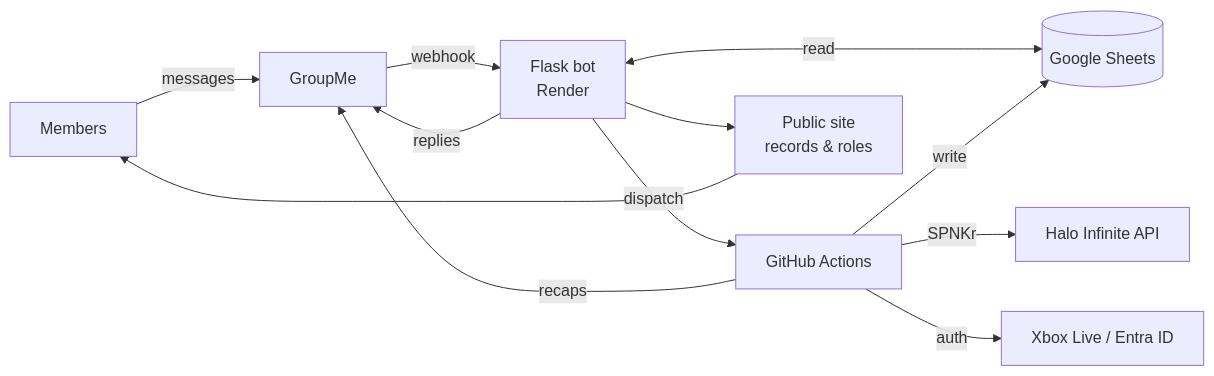
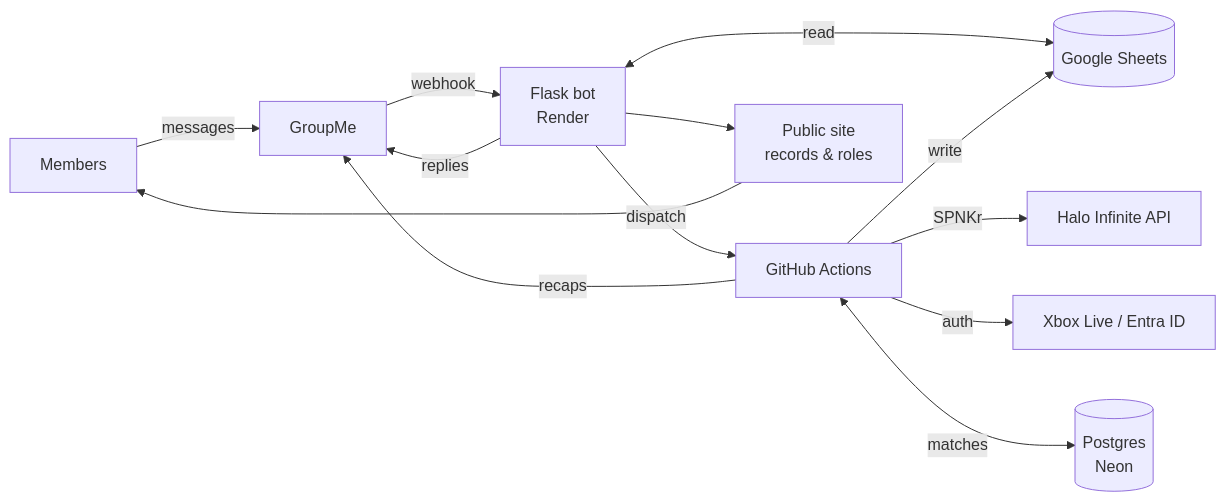
The first of 2 diagrams in README.md (AlexVerboo/treebot), drawn with Mermaid before and after one commit. The commit also changed other lines of this file and 21 other files, not shown here.

First line of the commit message:
v2.0 Phase 2: Postgres on Neon

````diff
--- a/README.md
+++ b/README.md
@@ -28,14 +29,15 @@
 ```mermaid
 flowchart LR
     U[Members] -->|messages| GM[GroupMe]
     GM -->|webhook| BOT[Flask bot<br/>Render]
     BOT -->|replies| GM
     BOT <-->|read| GS[(Google Sheets)]
     BOT -->|dispatch| GHA[GitHub Actions]
     GHA -->|SPNKr| HALO[Halo Infinite API]
     GHA -->|auth| XBL[Xbox Live / Entra ID]
     GHA -->|write| GS
+    GHA <-->|matches| PG[(Postgres<br/>Neon)]
     GHA -->|recaps| GM
     BOT --> WEB[Public site<br/>records & roles]
     WEB --> U
 ```
````
